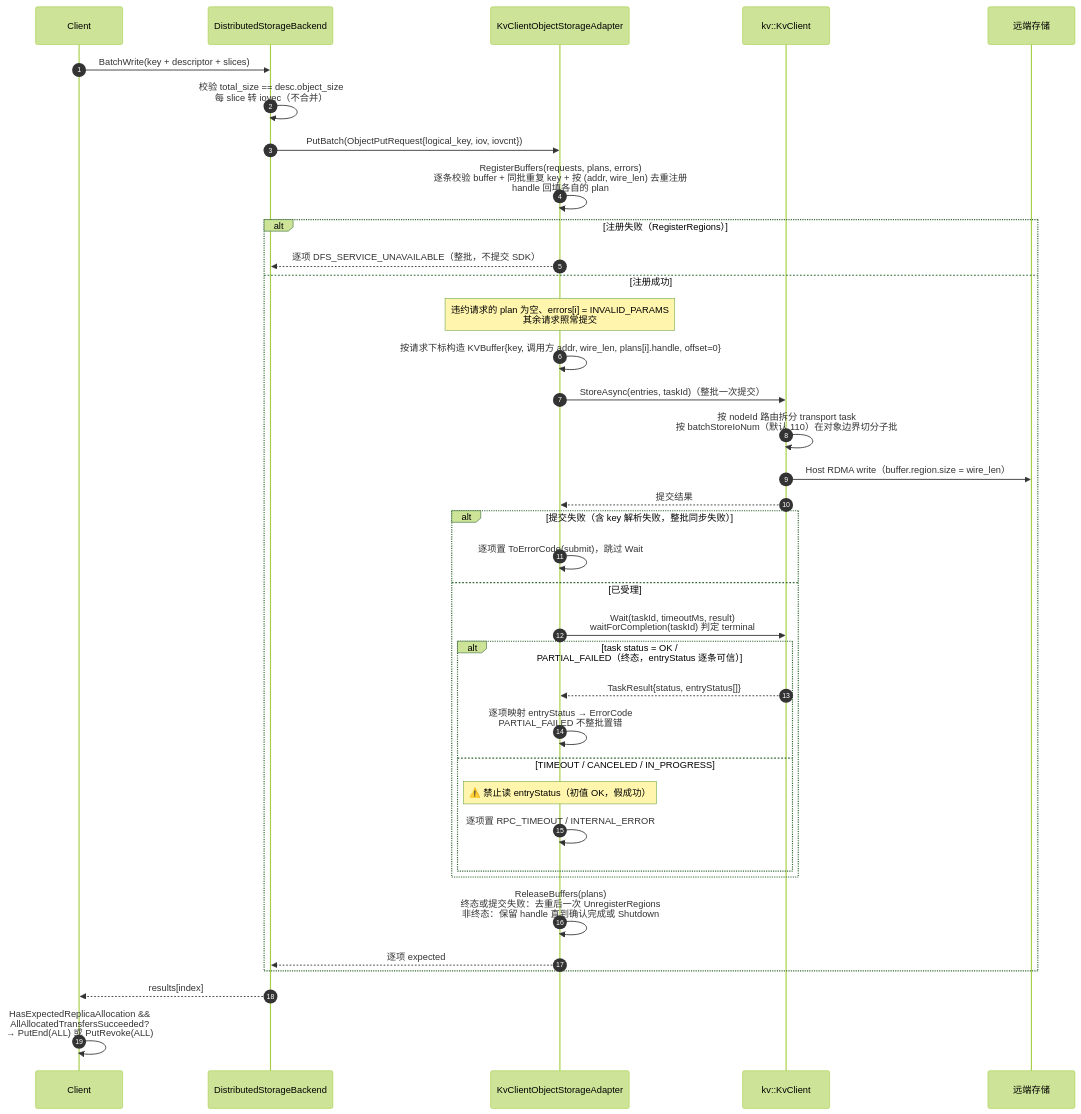
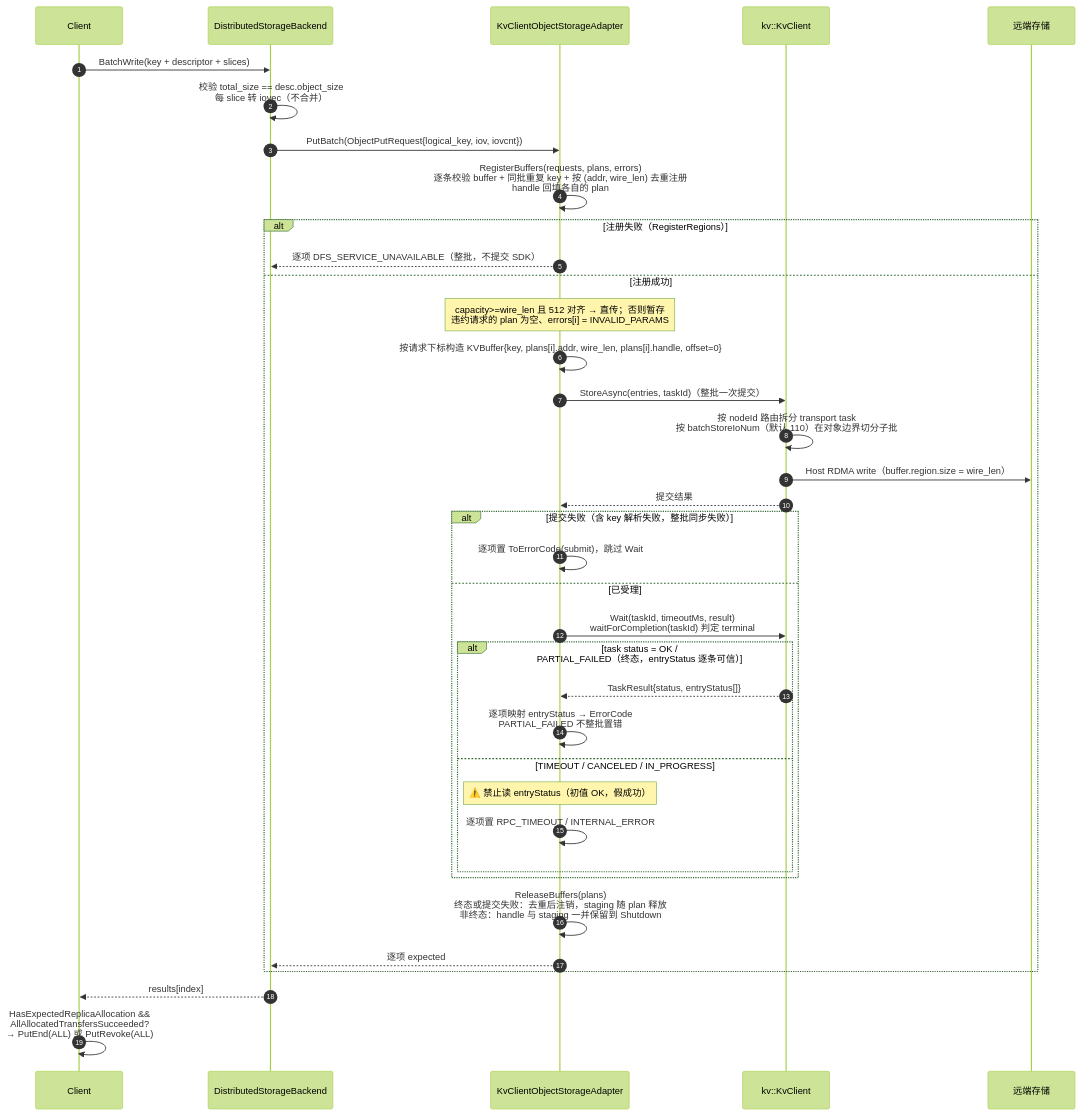
The ninth of 13 diagrams in Mooncake + KVClient L3 接入（Kvcs）- v3.md (zwj20000328-dotcom/Mooncake-documents), drawn with Mermaid (forest theme) before and after one commit. The commit also changed other lines of this file, not shown here.

Commit message:
docs: add staged buffers as the default path for unaligned or undeclared buffers

````diff
--- a/Mooncake + KVClient L3 接入（Kvcs）- v3.md
+++ b/Mooncake + KVClient L3 接入（Kvcs）- v3.md
@@ -593,40 +593,40 @@
 ```mermaid
 sequenceDiagram
     autonumber
     participant C as Client
     participant BE as DistributedStorageBackend
     participant AD as KvClientObjectStorageAdapter
     participant SDK as kv::KvClient
     participant S as 远端存储
 
     C->>BE: BatchWrite(key + descriptor + slices)
     BE->>BE: 校验 total_size == desc.object_size<br/>每 slice 转 iovec（不合并）
     BE->>AD: PutBatch(ObjectPutRequest{logical_key, iov, iovcnt})
     AD->>AD: RegisterBuffers(requests, plans, errors)<br/>逐条校验 buffer + 同批重复 key + 按 (addr, wire_len) 去重注册<br/>handle 回填各自的 plan
     alt 注册失败（RegisterRegions）
         AD-->>BE: 逐项 DFS_SERVICE_UNAVAILABLE（整批，不提交 SDK）
     else 注册成功
-        Note over AD: 违约请求的 plan 为空、errors[i] = INVALID_PARAMS<br/>其余请求照常提交
-        AD->>AD: 按请求下标构造 KVBuffer{key, 调用方 addr, wire_len, plans[i].handle, offset=0}
+        Note over AD: capacity>=wire_len 且 512 对齐 → 直传；否则暂存<br/>违约请求的 plan 为空、errors[i] = INVALID_PARAMS
+        AD->>AD: 按请求下标构造 KVBuffer{key, plans[i].addr, wire_len, plans[i].handle, offset=0}
         AD->>SDK: StoreAsync(entries, taskId)（整批一次提交）
         SDK->>SDK: 按 nodeId 路由拆分 transport task<br/>按 batchStoreIoNum（默认 110）在对象边界切分子批
         SDK->>S: Host RDMA write（buffer.region.size = wire_len）
         SDK-->>AD: 提交结果
         alt 提交失败（含 key 解析失败，整批同步失败）
             AD->>AD: 逐项置 ToErrorCode(submit)，跳过 Wait
         else 已受理
             AD->>SDK: Wait(taskId, timeoutMs, result)<br/>waitForCompletion(taskId) 判定 terminal
             alt task status = OK / PARTIAL_FAILED（终态，entryStatus 逐条可信）
                 SDK-->>AD: TaskResult{status, entryStatus[]}
                 AD->>AD: 逐项映射 entryStatus → ErrorCode<br/>PARTIAL_FAILED 不整批置错
             else TIMEOUT / CANCELED / IN_PROGRESS
                 Note over AD: ⚠️ 禁止读 entryStatus（初值 OK，假成功）
                 AD->>AD: 逐项置 RPC_TIMEOUT / INTERNAL_ERROR
             end
         end
-        AD->>AD: ReleaseBuffers(plans)<br/>终态或提交失败：去重后一次 UnregisterRegions<br/>非终态：保留 handle 直到确认完成或 Shutdown
+        AD->>AD: ReleaseBuffers(plans)<br/>终态或提交失败：去重后注销，staging 随 plan 释放<br/>非终态：handle 与 staging 一并保留到 Shutdown
         AD-->>BE: 逐项 expected
     end
     BE-->>C: results[index]
     C->>C: HasExpectedReplicaAllocation &&<br/>AllAllocatedTransfersSucceeded?<br/>→ PutEnd(ALL) 或 PutRevoke(ALL)
 ```
````
